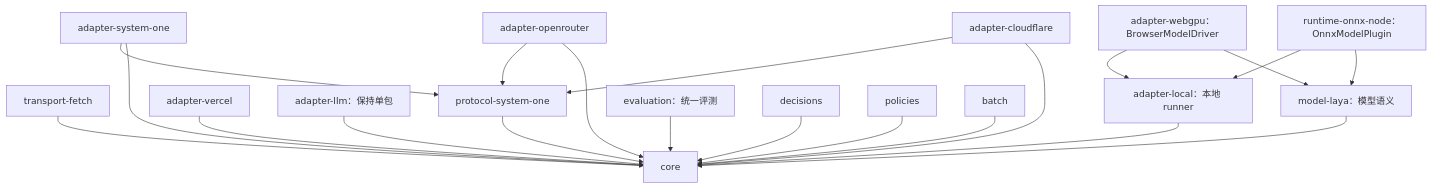
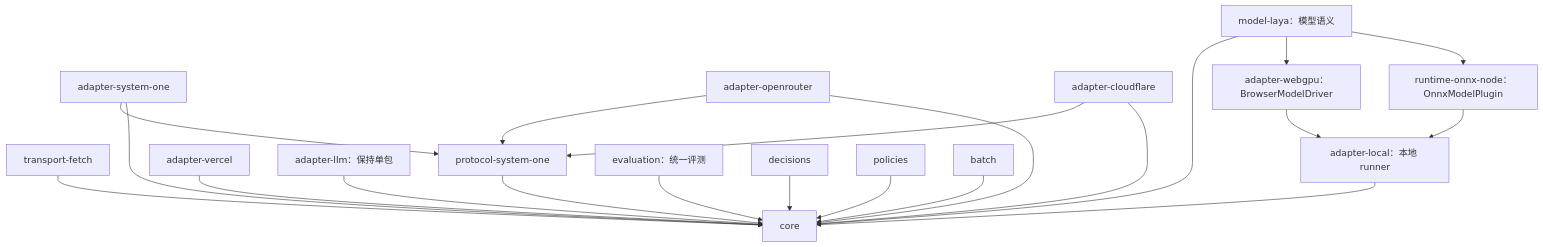
One commit to ziyu/system-one-sdk changed the diagram in docs/architecture-plan.zh-CN.md. Above: the diagram before and after it, drawn with Mermaid. The commit also changed other lines of this file and 28 other files, not shown here.

Commit message:
refactor: make Laya an optional model plugin (#20)

````diff
--- a/docs/architecture-plan.zh-CN.md
+++ b/docs/architecture-plan.zh-CN.md
@@ -28,23 +28,23 @@
 ```mermaid
 graph TD
   Fetch["transport-fetch"] --> Core["core"]
   Native["adapter-system-one"] --> Protocol["protocol-system-one"]
   Native --> Core
   OR["adapter-openrouter"] --> Protocol
   OR --> Core
   CF["adapter-cloudflare"] --> Protocol
   CF --> Core
   Protocol --> Core
   Vercel["adapter-vercel"] --> Core
   LLM["adapter-llm：保持单包"] --> Core
   Local["adapter-local：本地 runner"] --> Core
   WebGPU["adapter-webgpu：BrowserModelDriver"] --> Local
   OnnxNode["runtime-onnx-node：OnnxModelPlugin"] --> Local
   LayaModel["model-laya：模型语义"] --> Core
-  WebGPU --> LayaModel
-  OnnxNode --> LayaModel
+  LayaModel --> WebGPU
+  LayaModel --> OnnxNode
   Evaluation["evaluation：统一评测"] --> Core
   Decisions["decisions"] --> Core
   Policies["policies"] --> Core
   Batch["batch"] --> Core
 ```
````
